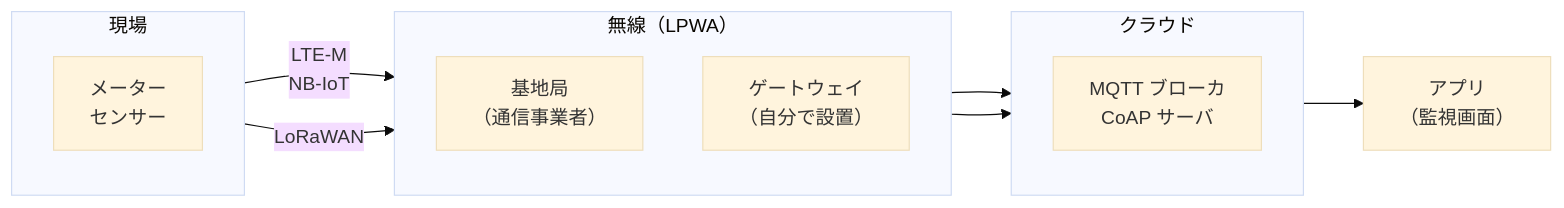
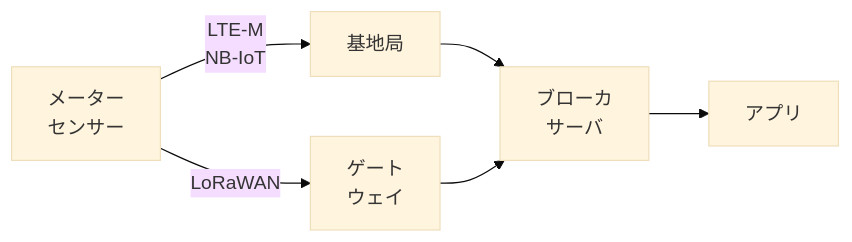
One commit to nnnaanaa/document changed the first of 8 diagrams in network/protocol/iot.md. Above: the diagram before and after it, drawn with Mermaid (base theme). The commit also changed other lines of this file, not shown here.

Commit message:
IoT暗記シートの全体像と使い分けの図の形を整える

````diff
--- a/network/protocol/iot.md
+++ b/network/protocol/iot.md
@@ -17,21 +17,8 @@
 ```mermaid
 flowchart LR
-  subgraph F["現場"]
-    direction TB
-    M["メーター<br>センサー"]
-  end
-  subgraph N["無線（LPWA）"]
-    direction TB
-    B1["基地局<br>（通信事業者）"]
-    G["ゲートウェイ<br>（自分で設置）"]
-  end
-  subgraph C["クラウド"]
-    direction TB
-    K["MQTT ブローカ<br>CoAP サーバ"]
-  end
-  M -- "LTE-M<br>NB-IoT" --> B1
-  M -- "LoRaWAN" --> G
-  B1 --> K
+  M["メーター<br>センサー"] -- "LTE-M<br>NB-IoT" --> B1["基地局"]
+  M -- "LoRaWAN" --> G["ゲート<br>ウェイ"]
+  B1 --> K["ブローカ<br>サーバ"]
   G --> K
-  K --> A["アプリ<br>（監視画面）"]
+  K --> A["アプリ"]
 ```
````
